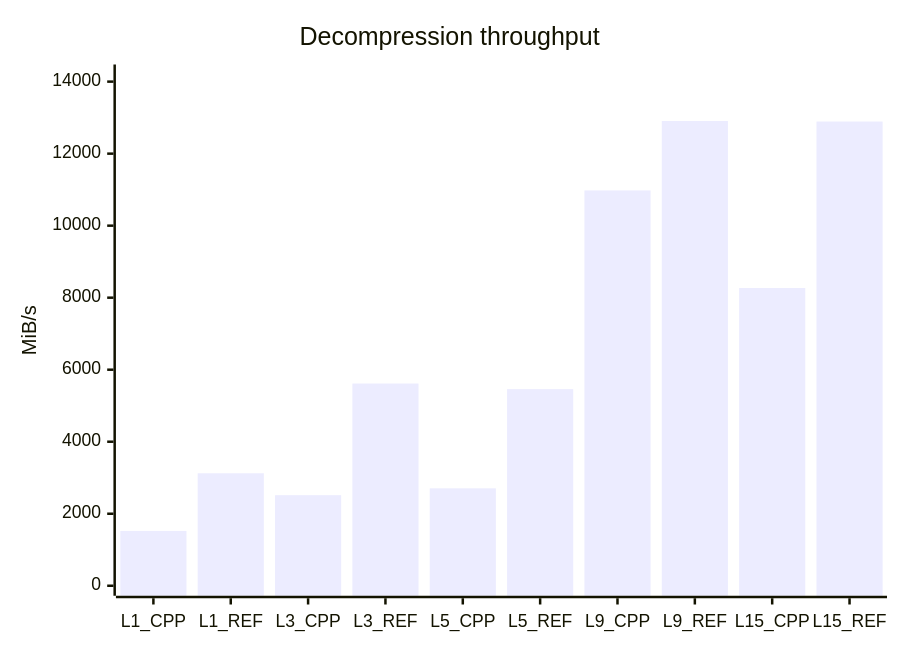
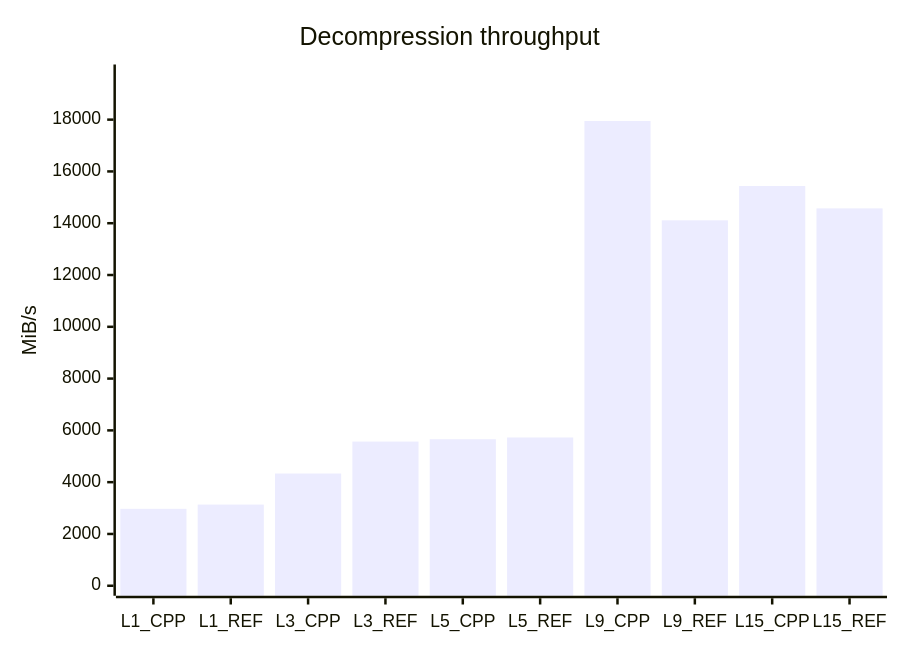
One commit to mheyman/zstdpp changed the fifth of 7 diagrams in README.md. Above: the diagram before and after it, drawn with Mermaid. The commit also changed other lines of this file and 4 other files, not shown here.

````diff
--- a/README.md
+++ b/README.md
@@ -178,7 +178,7 @@
 ```mermaid
 xychart-beta
     title "Decompression throughput"
     x-axis [L1_CPP, L1_REF, L3_CPP, L3_REF, L5_CPP, L5_REF, L9_CPP, L9_REF, L15_CPP, L15_REF]
-    y-axis "MiB/s" 0 --> 14198
-    bar [1522, 3124, 2515, 5616, 2706, 5461, 10978, 12907, 8269, 12892]
+    y-axis "MiB/s" 0 --> 19743
+    bar [2970, 3134, 4334, 5568, 5659, 5726, 17948, 14112, 15436, 14573]
 ```
````
